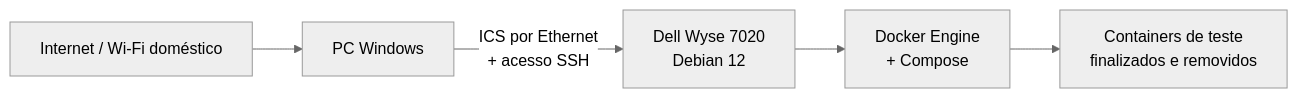
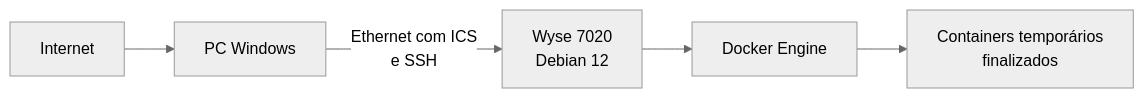
One commit to ViniciusBzm/homelab changed the diagram in README.md. Above: the diagram before and after it, drawn with Mermaid (neutral theme). The commit also changed other lines of this file, not shown here.

````diff
--- a/README.md
+++ b/README.md
@@ -48,7 +22,7 @@
 ```mermaid
 flowchart LR
-    INTERNET["Internet / Wi-Fi doméstico"] --> PC["PC Windows"]
-    PC -->|"ICS por Ethernet<br/>+ acesso SSH"| WYSE["Dell Wyse 7020<br/>Debian 12"]
-    WYSE --> DOCKER["Docker Engine<br/>+ Compose"]
-    DOCKER --> TESTES["Containers de teste<br/>finalizados e removidos"]
+    INTERNET["Internet"] --> PC["PC Windows"]
+    PC -->|"Ethernet com ICS<br/>e SSH"| WYSE["Wyse 7020<br/>Debian 12"]
+    WYSE --> DOCKER["Docker Engine"]
+    DOCKER --> TESTES["Containers temporários<br/>finalizados"]
 ```
````
